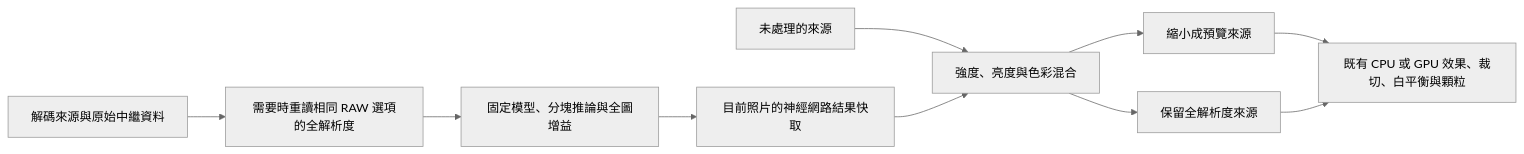
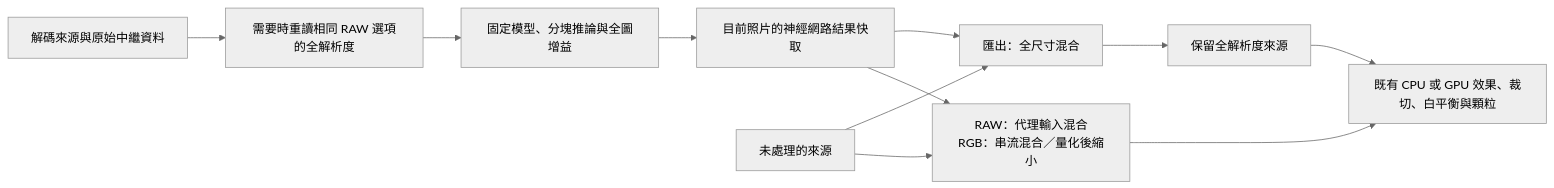
One commit to minexo79/FilmBatch changed the diagram in docs/adr/0002-ai-denoise.md. Above: the diagram before and after it, drawn with Mermaid (neutral theme). The commit also changed other lines of this file and 5 other files, not shown here.

````diff
--- a/docs/adr/0002-ai-denoise.md
+++ b/docs/adr/0002-ai-denoise.md
@@ -22,12 +22,13 @@
 ```mermaid
 flowchart LR
     Decode["解碼來源與原始中繼資料"] --> Full["需要時重讀相同 RAW 選項的全解析度"]
     Full --> Neural["固定模型、分塊推論與全圖增益"]
     Neural --> Cache["目前照片的神經網路結果快取"]
-    Original["未處理的來源"] --> Mix["強度、亮度與色彩混合"]
+    Original["未處理的來源"] --> Mix["匯出：全尺寸混合"]
     Cache --> Mix
-    Mix --> Preview["縮小成預覽來源"]
+    Cache --> Preview["RAW：代理輸入混合<br/>RGB：串流混合／量化後縮小"]
+    Original --> Preview
     Mix --> Export["保留全解析度來源"]
     Preview --> Effects["既有 CPU 或 GPU 效果、裁切、白平衡與顆粒"]
     Export --> Effects
 ```
````
